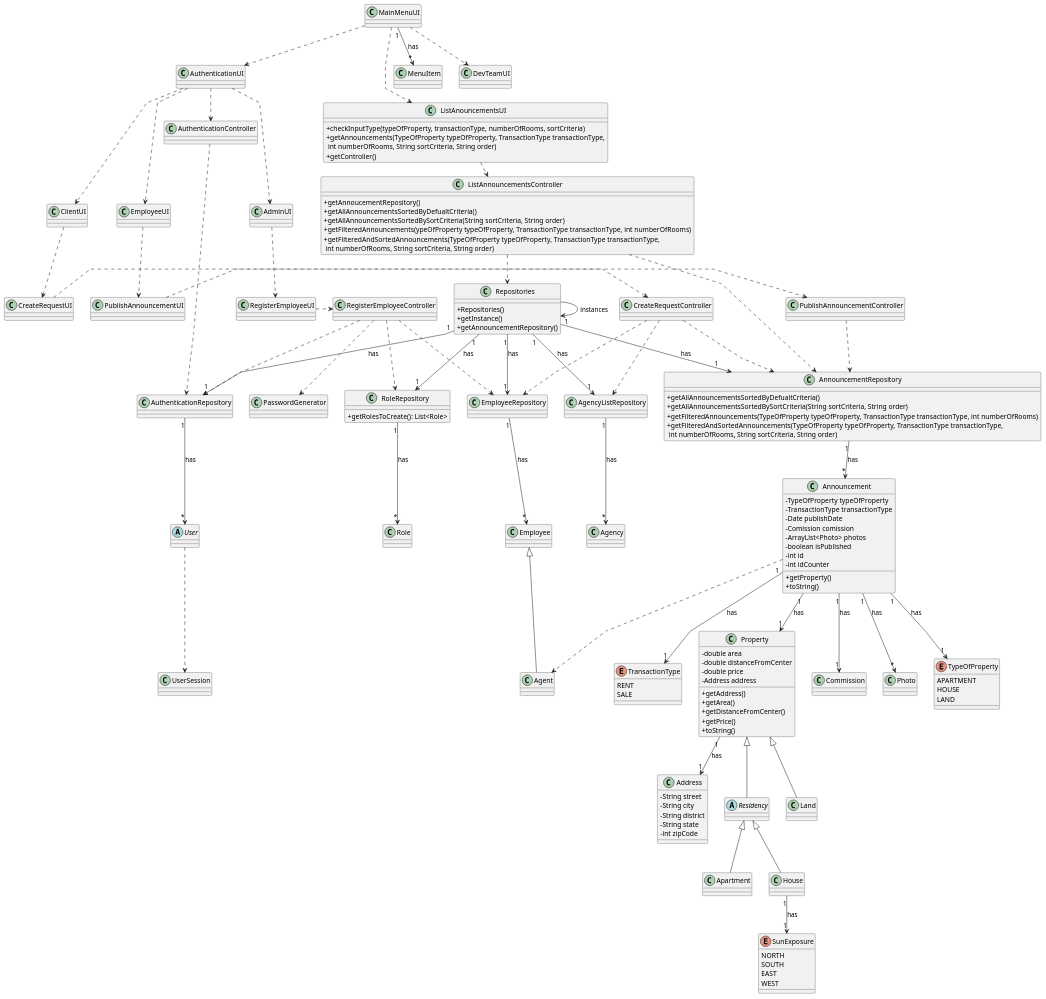
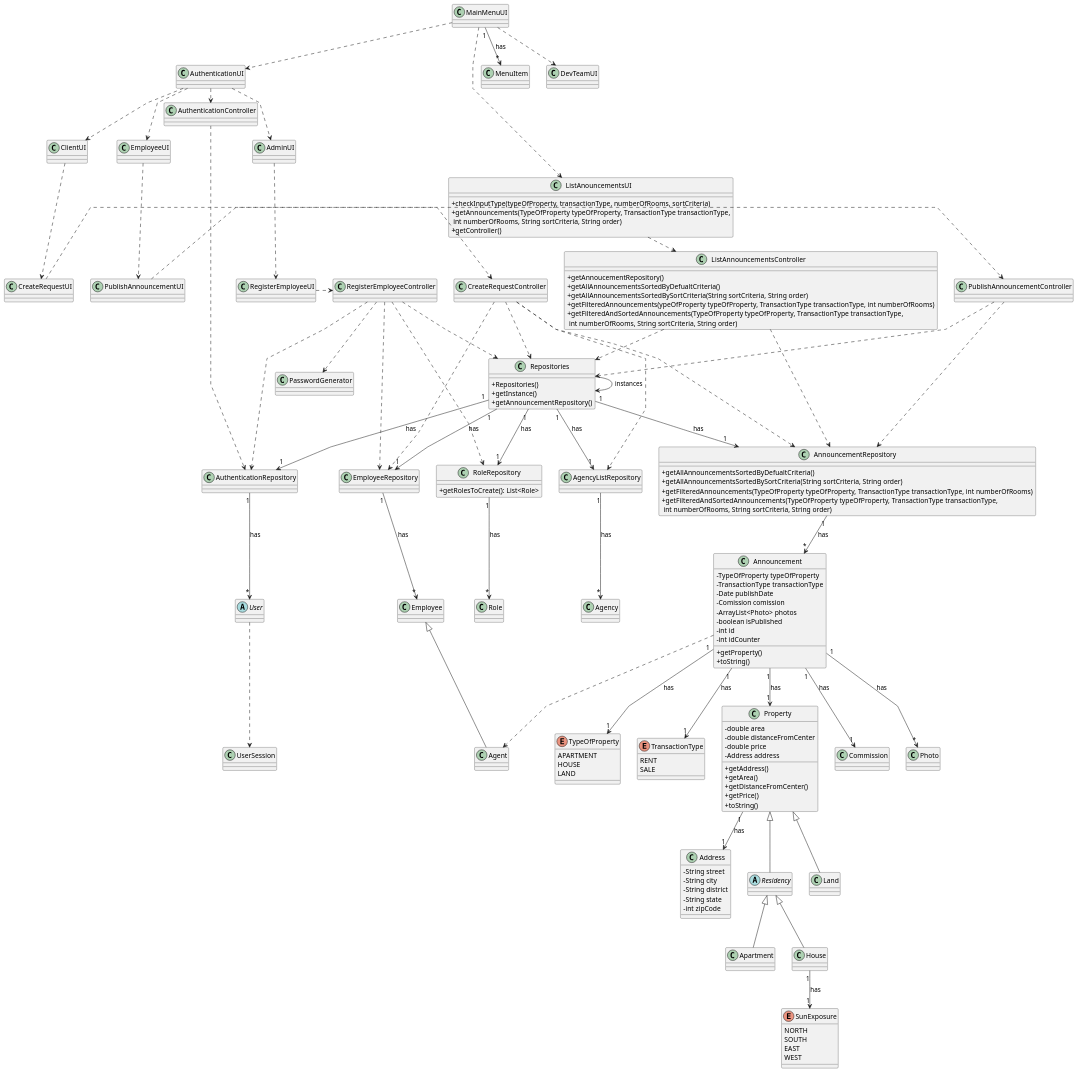
One commit to Goncalves2525/real-estate-management-system changed the diagram in docs/sprintB/global-artifacts/03.design/puml/class-diagram.puml. Above: the diagram before and after it, drawn with PlantUML.

Commit message:
Class Diagram Update

```diff
--- a/docs/sprintB/global-artifacts/03.design/puml/class-diagram.puml
+++ b/docs/sprintB/global-artifacts/03.design/puml/class-diagram.puml
@@ -229,6 +229,9 @@
 EmployeeUI ..> PublishAnnouncementUI
 ClientUI ..> CreateRequestUI
 AdminUI ..> RegisterEmployeeUI
+CreateRequestController ..> Repositories
+PublishAnnouncementController ..> Repositories
+RegisterEmployeeController ..> Repositories
 
 
 
```
